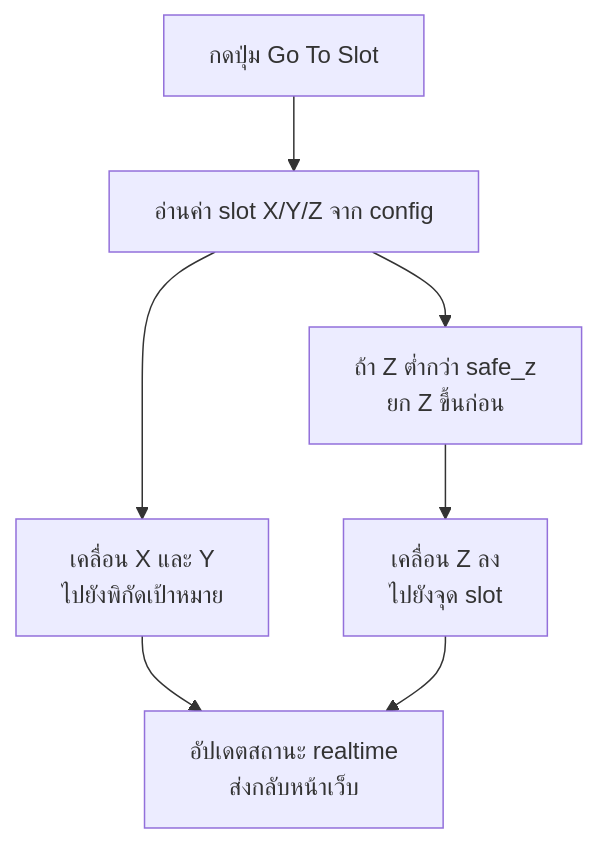
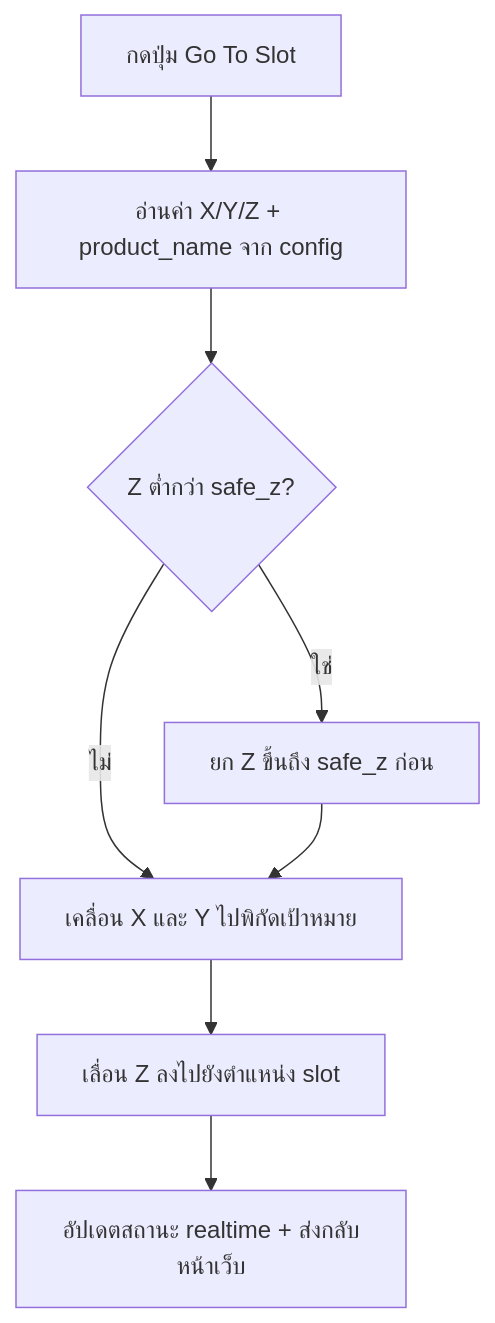
One commit to prongnaruebest/NaritVendingMachine changed the third of 3 diagrams in ARCHITECTURE_TH.md. Above: the diagram before and after it, drawn with Mermaid. The commit also changed other lines of this file and 18 other files, not shown here.

````diff
--- a/ARCHITECTURE_TH.md
+++ b/ARCHITECTURE_TH.md
@@ -152,9 +328,10 @@
 ```mermaid
 flowchart TD
-    A["กดปุ่ม Go To Slot"] --> B["อ่านค่า slot X/Y/Z จาก config"]
-    B --> C["ถ้า Z ต่ำกว่า safe_z<br/>ยก Z ขึ้นก่อน"]
-    B --> D["เคลื่อน X และ Y<br/>ไปยังพิกัดเป้าหมาย"]
-    C --> E["เคลื่อน Z ลง<br/>ไปยังจุด slot"]
-    D --> F["อัปเดตสถานะ realtime<br/>ส่งกลับหน้าเว็บ"]
-    E --> F
+    A["กดปุ่ม Go To Slot"] --> B["อ่านค่า X/Y/Z + product_name จาก config"]
+    B --> C{"Z ต่ำกว่า safe_z?"}
+    C -- "ใช่" --> D["ยก Z ขึ้นถึง safe_z ก่อน"]
+    C -- "ไม่" --> E["เคลื่อน X และ Y ไปพิกัดเป้าหมาย"]
+    D --> E
+    E --> F["เลื่อน Z ลงไปยังตำแหน่ง slot"]
+    F --> G["อัปเดตสถานะ realtime + ส่งกลับหน้าเว็บ"]
 ```
````
